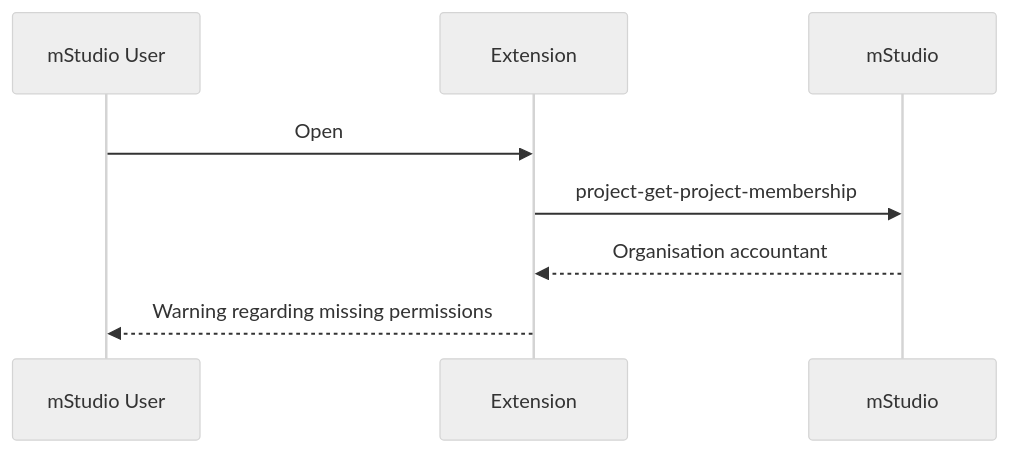
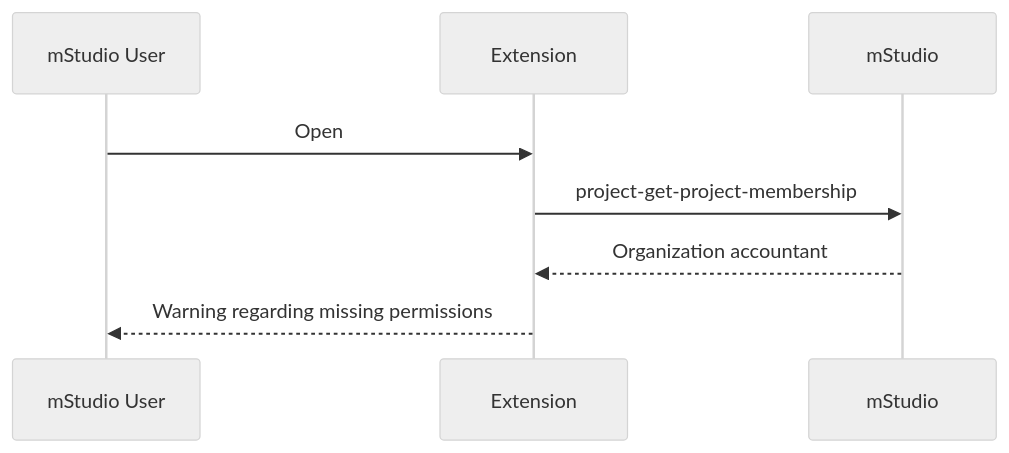
The second of 3 diagrams in docs/contribution/4-how-to/6-ensure-authorization.mdx (mittwald/developer-portal), drawn with Mermaid (neutral theme) before and after one commit. The commit also changed other lines of this file, not shown here.

````diff
--- a/docs/contribution/4-how-to/6-ensure-authorization.mdx
+++ b/docs/contribution/4-how-to/6-ensure-authorization.mdx
@@ -46,11 +45,11 @@
 ```mermaid
 sequenceDiagram
   participant User as mStudio User
   participant Extension
   participant mStudio
 
   User->>Extension: Open
   Extension->>mStudio: project-get-project-membership
-  mStudio-->>Extension: Organisation accountant
+  mStudio-->>Extension: Organization accountant
   Extension-->>User: Warning regarding missing permissions
 ```
````
